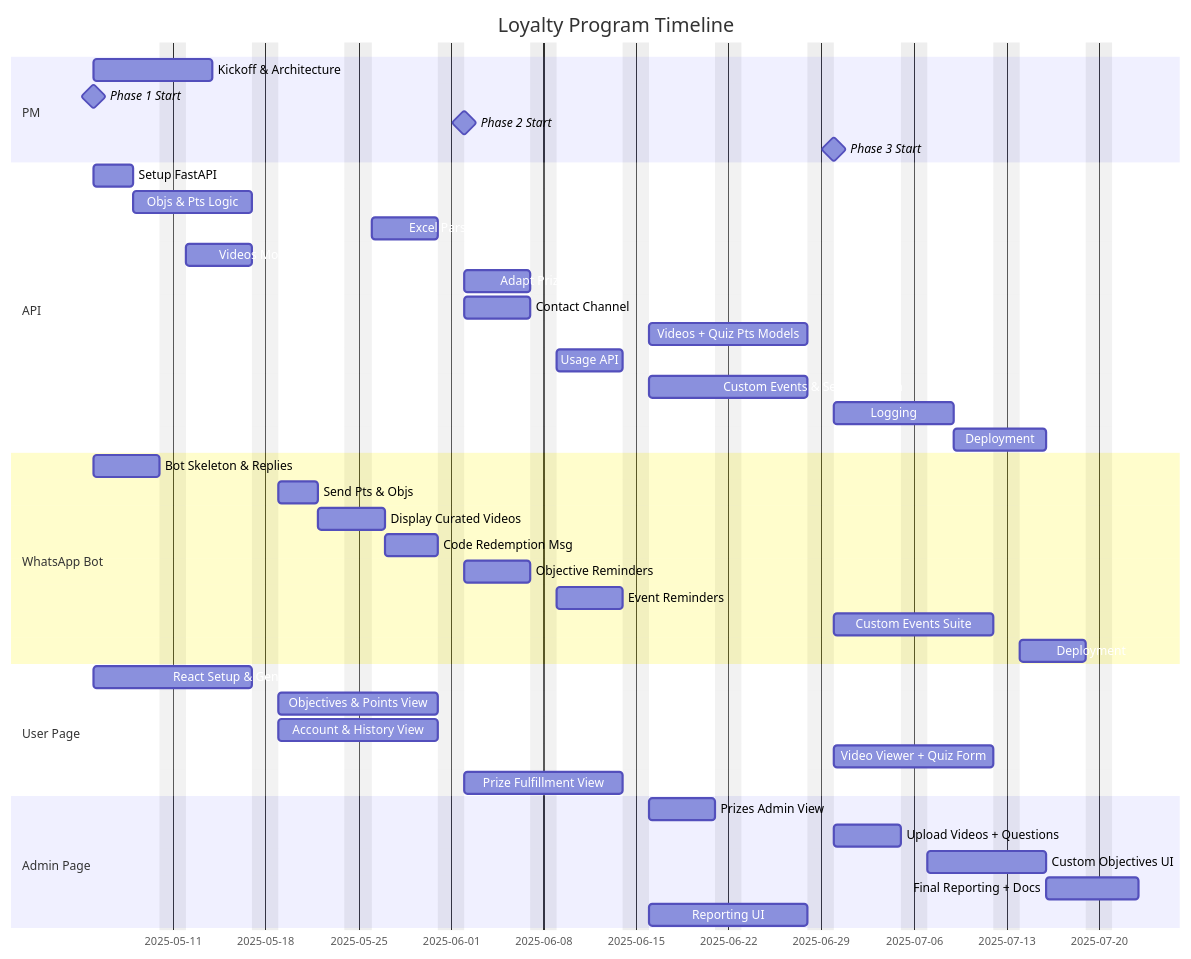
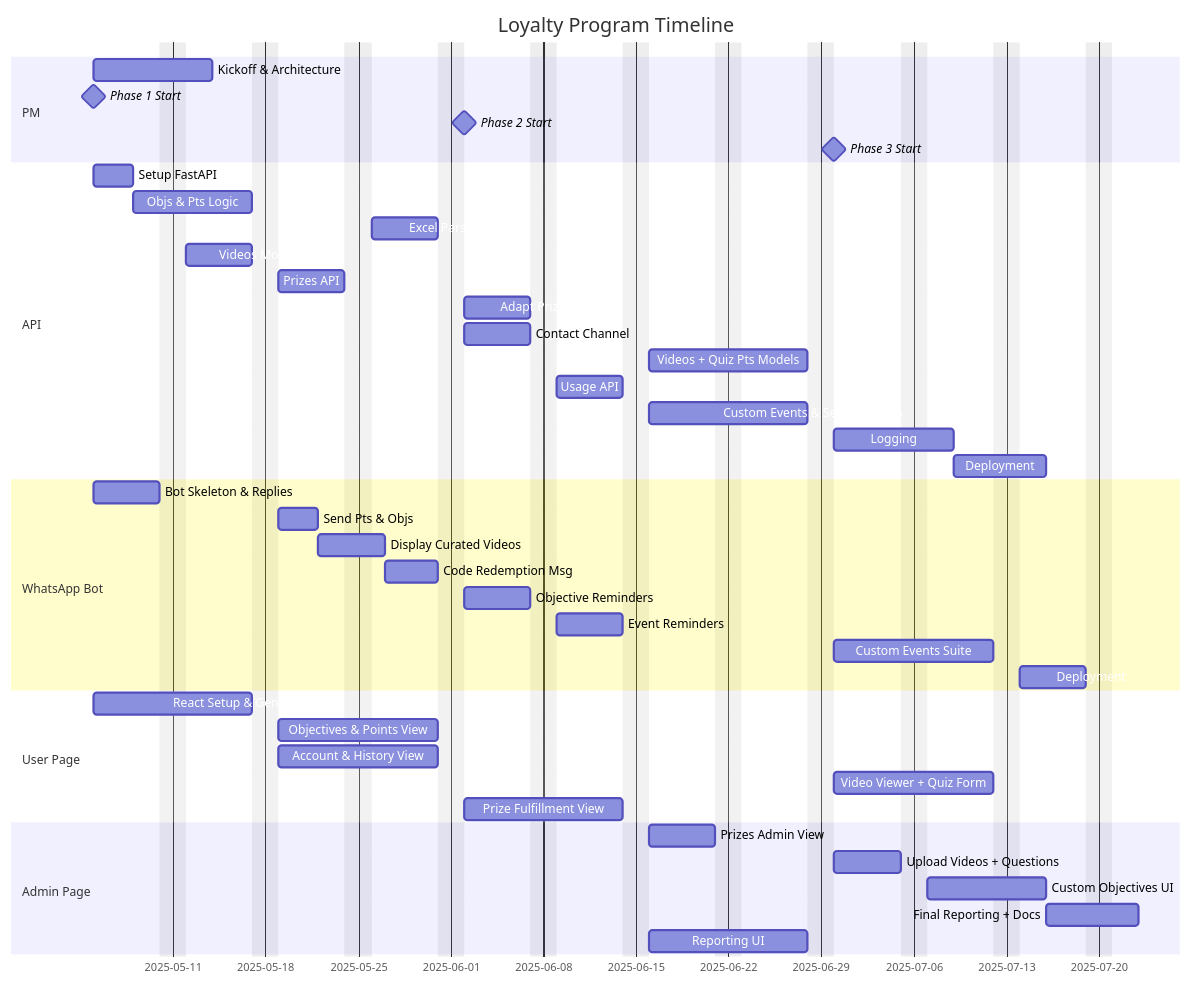
The diagram in functional-requirements.md (DJeison-DVT/public-loyalty-program-docs), drawn with Mermaid before and after one commit.

````diff
--- a/functional-requirements.md
+++ b/functional-requirements.md
@@ -104,49 +104,50 @@
 ```mermaid
 gantt
     title Loyalty Program Timeline
     dateFormat  YYYY-MM-DD
     excludes    weekends
 
     section PM
     Kickoff & Architecture        :a1,      2025-05-05, 7d
     Phase 1 Start                 :milestone, p1start, 2025-05-05, 0d
     Phase 2 Start                 :milestone, p2start, 2025-06-02, 0d
     Phase 3 Start                 :milestone, p3start, 2025-06-30, 0d
 
     section API
     Setup FastAPI                 :b1,      2025-05-05, 3d
     Objs & Pts Logic              :b2,      after b1, 7d
     Excel Parser                  :b3,      2025-05-26, 5d
     Videos Model                  :b4,      2025-05-12, 5d
+    Prizes API                    :b12,      after b2, 5d
     Adapt Prizes                  :b5,      after b3, 5d
     Contact Channel               :b6,      after b3, 5d
     Videos + Quiz Pts Models      :b7,      2025-06-16, 10d
     Usage API                     :b8,      after b5, 5d
     Custom Events & Segmentation  :b9,      after b8, 10d
     Logging                       :b10,     after b9, 7d
     Deployment                    :b11,     after b10, 5d
 
     section WhatsApp Bot
     Bot Skeleton & Replies        :c1,      2025-05-05, 5d
     Send Pts & Objs               :c2,      after b2, 3d
     Display Curated Videos        :c3,      after c2, 3d
     Code Redemption Msg           :c4,      after c3, 4d
     Objective Reminders           :c5,      2025-06-02, 5d
     Event Reminders               :c6,      after c5, 5d
     Custom Events Suite           :c7,      after p3start, 10d
     Deployment                    :c8,      after c7, 5d
 
     section User Page
     React Setup & General Layout  :d1,      2025-05-05, 10d
     Objectives & Points View      :d2,      after d1, 10d
     Account & History View        :d3,      after d1, 10d
     Video Viewer + Quiz Form      :d4,      after p3start, 10d
     Prize Fulfillment View        :d5,      after d3, 10d
 
     section Admin Page
     Prizes Admin View             :e1,      after d5, 5d
     Upload Videos + Questions     :e2,      after b7, 5d
     Custom Objectives UI          :e3,      after e2, 7d
     Final Reporting + Docs        :e4,      after e3, 5d
     Reporting UI                  :e5,      after b8, 10d
 ```
````
